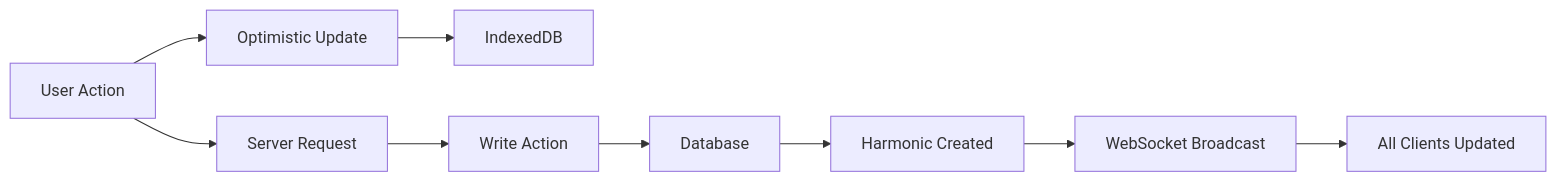
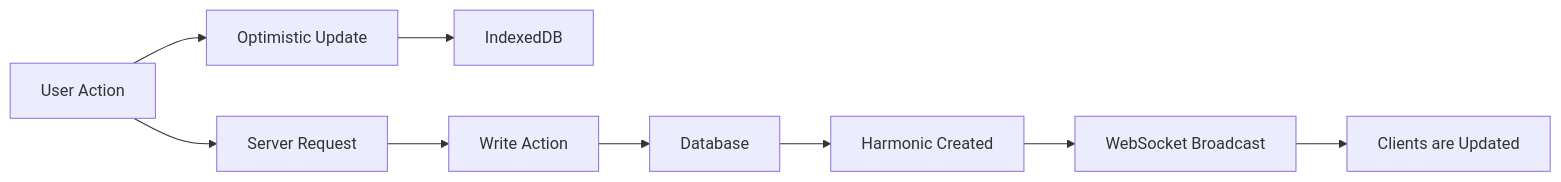
Before and after one commit to Pixelsprout/laravel-chorus: the diagram in docs/index.mdx, drawn with Mermaid. The commit also changed other lines of this file and 8 other files, not shown here.

````diff
--- a/docs/index.mdx
+++ b/docs/index.mdx
@@ -97,11 +97,11 @@
 ```mermaid
 graph LR
     A[User Action] --> B[Optimistic Update]
     B --> C[IndexedDB]
     A --> D[Server Request]
     D --> E[Write Action]
     E --> F[Database]
     F --> G[Harmonic Created]
     G --> H[WebSocket Broadcast]
-    H --> I[All Clients Updated]
+    H --> I[Clients are Updated]
 ```
````
